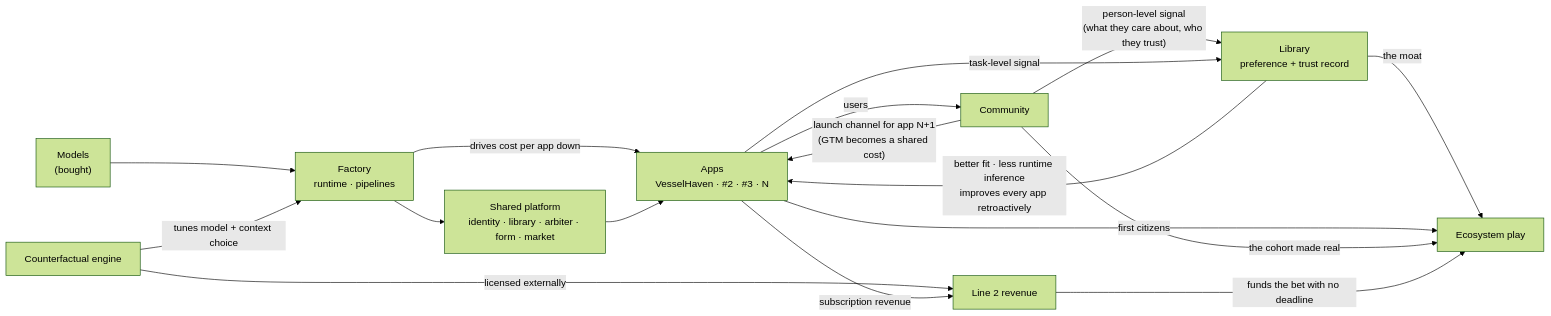
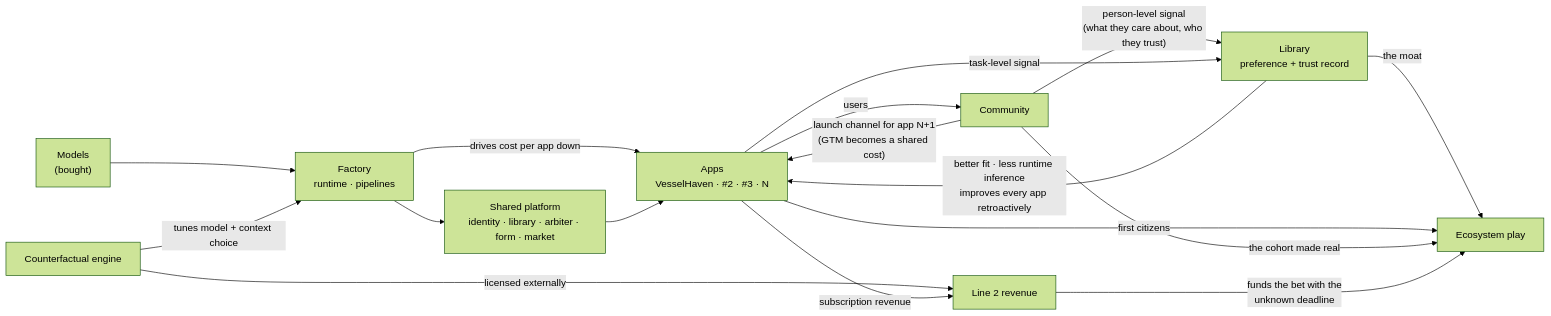
Before and after one commit to nathan-bates/yb-business-structure: the second of 2 diagrams in 01-portfolio.md, drawn with Mermaid (forest theme). The commit also changed other lines of this file and 2 other files, not shown here.

First line of the commit message:
docs: replace "no deadline" with "unknown deadline" throughout

````diff
--- a/01-portfolio.md
+++ b/01-portfolio.md
@@ -213,22 +214,22 @@
 ```mermaid
 flowchart LR
     MODELS["Models<br/>(bought)"] --> FACTORY["Factory<br/>runtime · pipelines"]
     CFE["Counterfactual engine"] -->|"tunes model + context choice"| FACTORY
     FACTORY -->|"drives cost per app down"| APPS["Apps<br/>VesselHaven · #2 · #3 · N"]
     PLATFORM["Shared platform<br/>identity · library · arbiter · form · market"] --> APPS
     FACTORY --> PLATFORM
 
     APPS -->|"users"| COMMUNITY["Community"]
     COMMUNITY -->|"person-level signal<br/>(what they care about, who they trust)"| LIBRARY["Library<br/>preference + trust record"]
     APPS -->|"task-level signal"| LIBRARY
     LIBRARY -->|"better fit · less runtime inference<br/>improves every app retroactively"| APPS
     COMMUNITY -->|"launch channel for app N+1<br/>(GTM becomes a shared cost)"| APPS
 
     LIBRARY -->|"the moat"| ECO["Ecosystem play"]
     APPS -->|"first citizens"| ECO
     COMMUNITY -->|"the cohort made real"| ECO
 
     CFE -->|"licensed externally"| REV["Line 2 revenue"]
     APPS -->|"subscription revenue"| REV
-    REV -->|"funds the bet with no deadline"| ECO
+    REV -->|"funds the bet with the<br/>unknown deadline"| ECO
 ```
````
